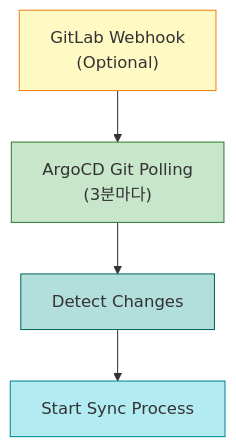
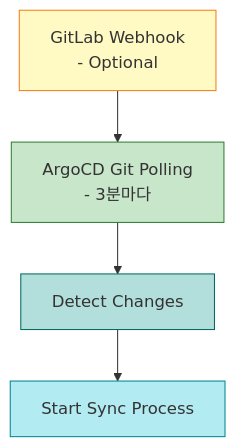
One commit to infeelchoi/q-docs changed the second of 4 diagrams in 03-deployment/GITOPS-DEPLOYMENT.md. Above: the diagram before and after it, drawn with Mermaid. The commit also changed other lines of this file and 12 other files, not shown here.

First line of the commit message:
🔧 Mermaid 다이어그램 괄호 패턴 파싱 오류 수정

````diff
--- a/03-deployment/GITOPS-DEPLOYMENT.md
+++ b/03-deployment/GITOPS-DEPLOYMENT.md
@@ -210,11 +210,11 @@
 ```mermaid
 graph TD
-    A["GitLab Webhook<br/>(Optional)"] --> B["ArgoCD Git Polling<br/>(3분마다)"]
+    A["GitLab Webhook<br/>- Optional"] --> B["ArgoCD Git Polling<br/>- 3분마다"]
     B --> C["Detect Changes"]
     C --> D["Start Sync Process"]
 
     style A fill:#fff9c4,stroke:#f57f17
     style B fill:#c8e6c9,stroke:#2e7d32
     style C fill:#b2dfdb,stroke:#00695c
     style D fill:#b2ebf2,stroke:#00838f
 ```
````
